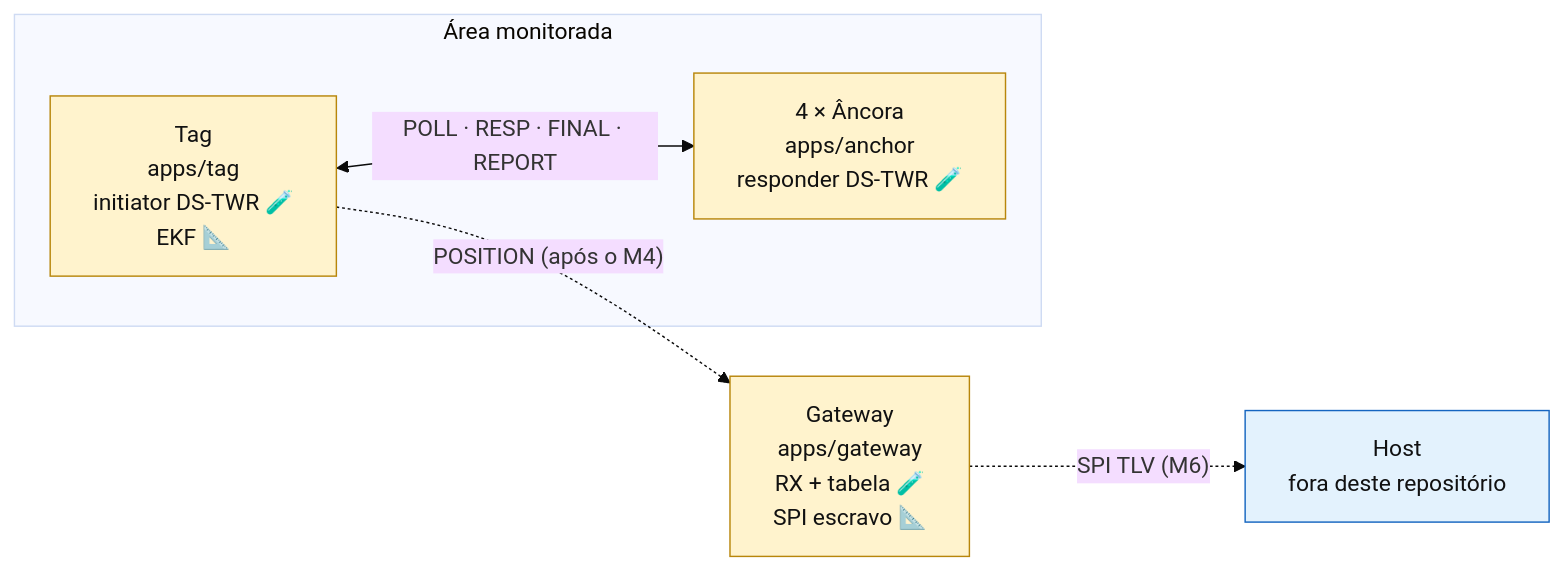
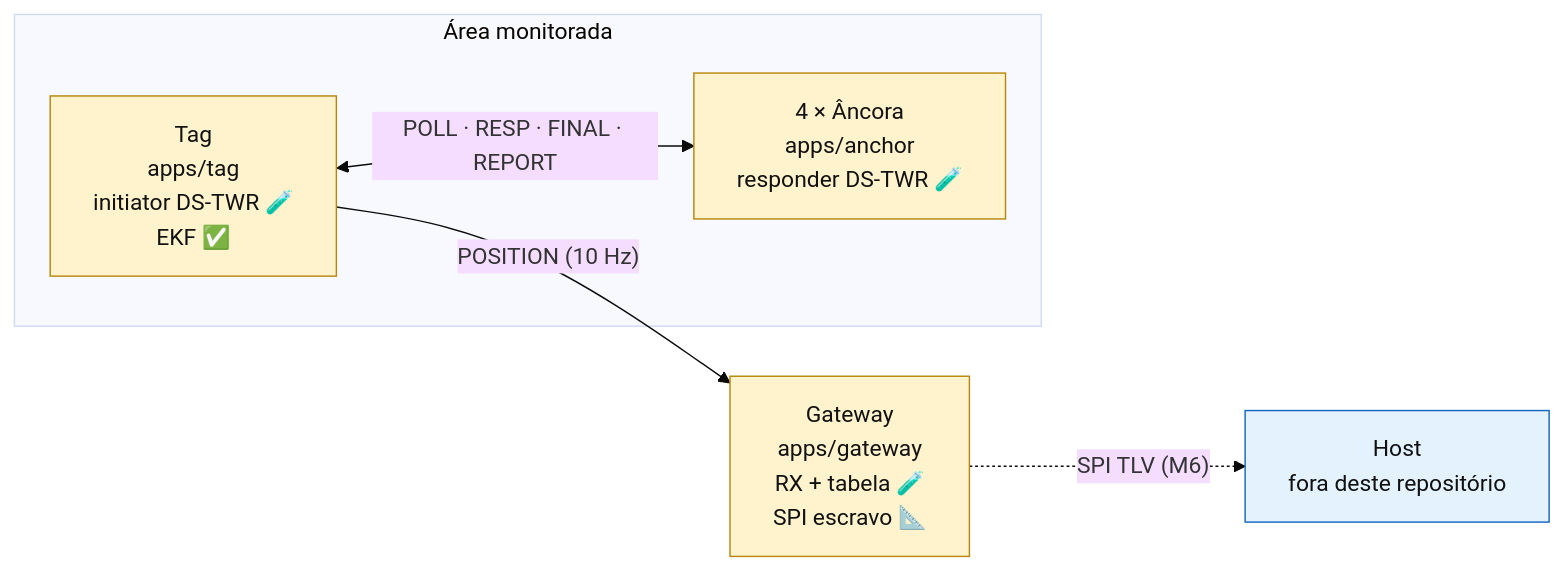
The first of 15 diagrams in docs/09-guia-do-codigo.md (MauroTony/dwm1001-rtls-fw), drawn with Mermaid (base theme) before and after one commit. The commit also changed other lines of this file and 4 other files, not shown here.

````diff
--- a/docs/09-guia-do-codigo.md
+++ b/docs/09-guia-do-codigo.md
@@ -35,14 +35,14 @@
 ```mermaid
 flowchart LR
     subgraph area["Área monitorada"]
         A["4 × Âncora<br/>apps/anchor<br/>responder DS-TWR 🧪"]:::bench
-        T["Tag<br/>apps/tag<br/>initiator DS-TWR 🧪<br/>EKF 📐"]:::bench
+        T["Tag<br/>apps/tag<br/>initiator DS-TWR 🧪<br/>EKF ✅"]:::bench
     end
     G["Gateway<br/>apps/gateway<br/>RX + tabela 🧪<br/>SPI escravo 📐"]:::bench
     H["Host<br/>fora deste repositório"]:::ext
     T <-- "POLL · RESP · FINAL · REPORT" --> A
-    T -. "POSITION (após o M4)" .-> G
+    T -- "POSITION (10 Hz)" --> G
     G -. "SPI TLV (M6)" .-> H
     classDef bench fill:#fff3cd,stroke:#b8860b,color:#111
     classDef ext fill:#e3f2fd,stroke:#1565c0,color:#111
 ```
````
